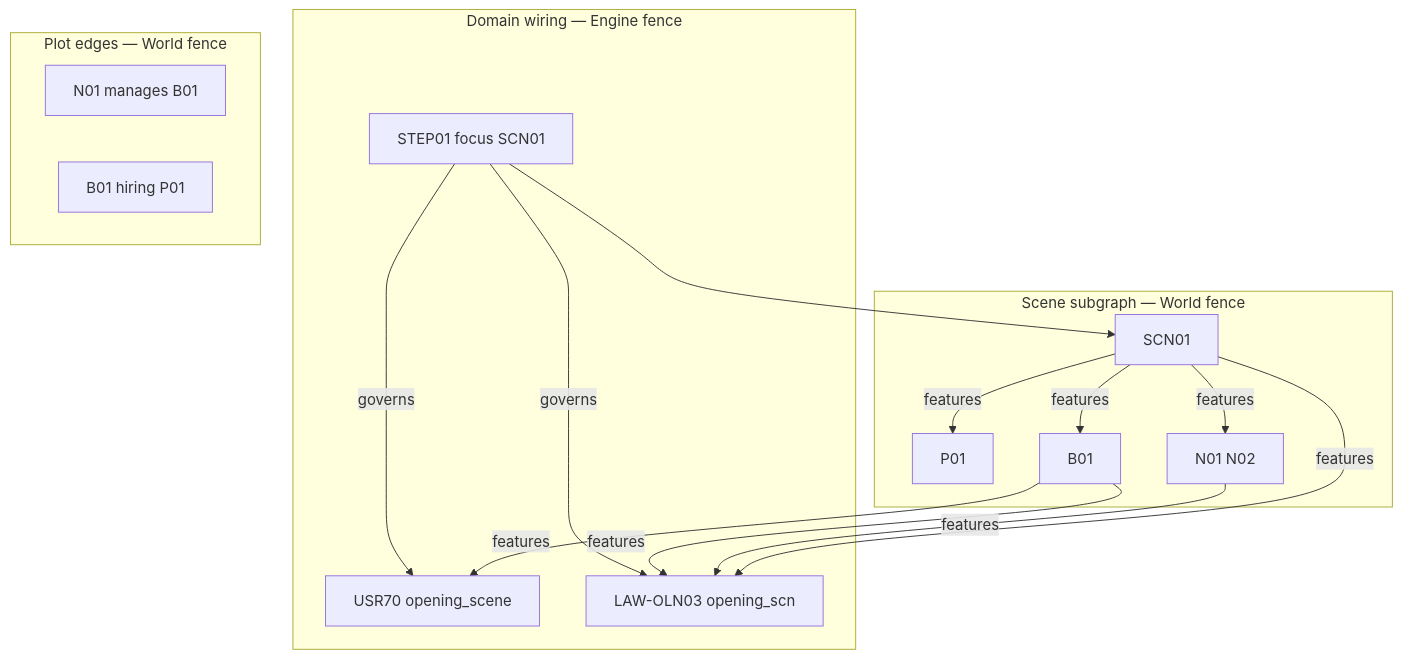
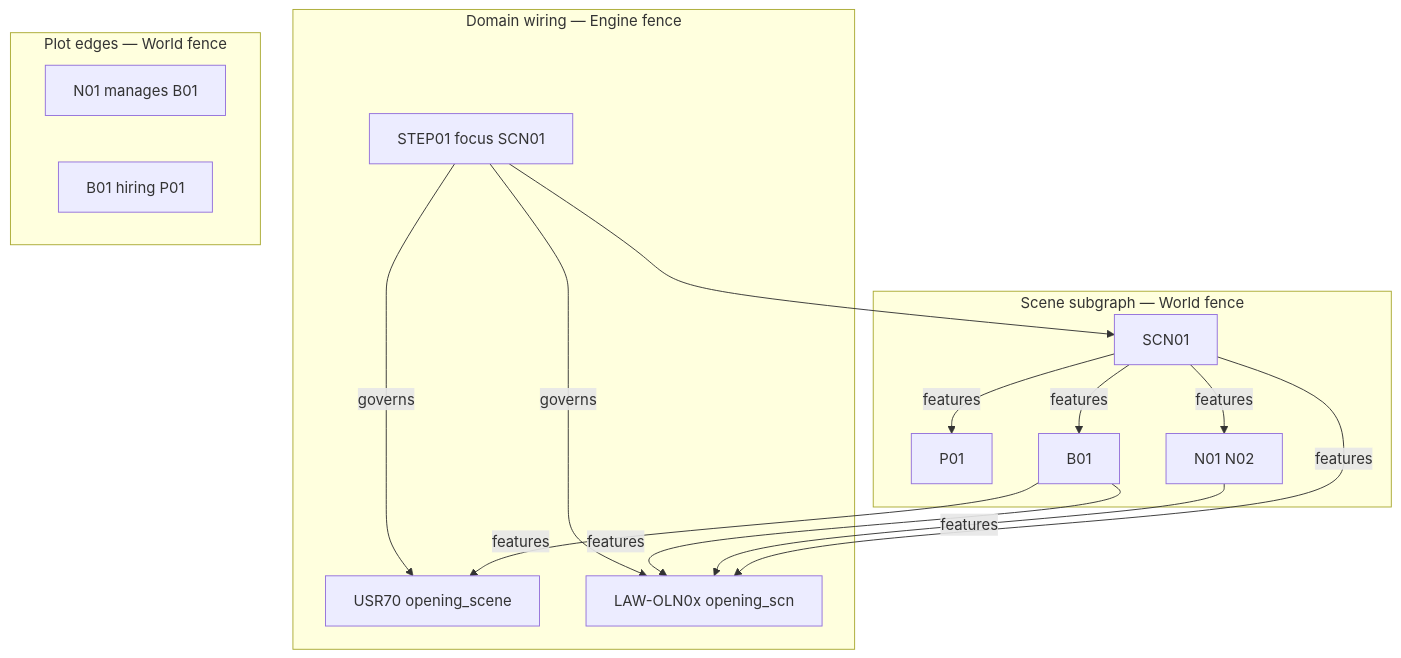
One commit to chouswei/MemNet changed the second of 4 diagrams in application-notes/novel-seed-spec.md. Above: the diagram before and after it, drawn with Mermaid. The commit also changed other lines of this file and 46 other files, not shown here.

````diff
--- a/application-notes/novel-seed-spec.md
+++ b/application-notes/novel-seed-spec.md
@@ -79,28 +79,28 @@
 ```mermaid
 flowchart TB
   STEP[STEP01 focus SCN01]
   subgraph scene [Scene subgraph — World fence]
     SCN[SCN01]
     PLR[P01]
     NPC[N01 N02]
     BIZ[B01]
     SCN -->|features| PLR
     SCN -->|features| NPC
     SCN -->|features| BIZ
   end
   subgraph domain [Domain wiring — Engine fence]
     USR70[USR70 opening_scene]
-    LAWO[LAW-OLN03 opening_scn]
+    LAWO[LAW-OLN0x opening_scn]
     STEP -->|governs| USR70
     STEP -->|governs| LAWO
     BIZ -->|features| USR70
     BIZ -->|features| LAWO
     NPC -->|features| LAWO
     SCN -->|features| LAWO
   end
   subgraph plot [Plot edges — World fence]
     E09[N01 manages B01]
     E11[B01 hiring P01]
   end
   STEP --> SCN
 ```
````
